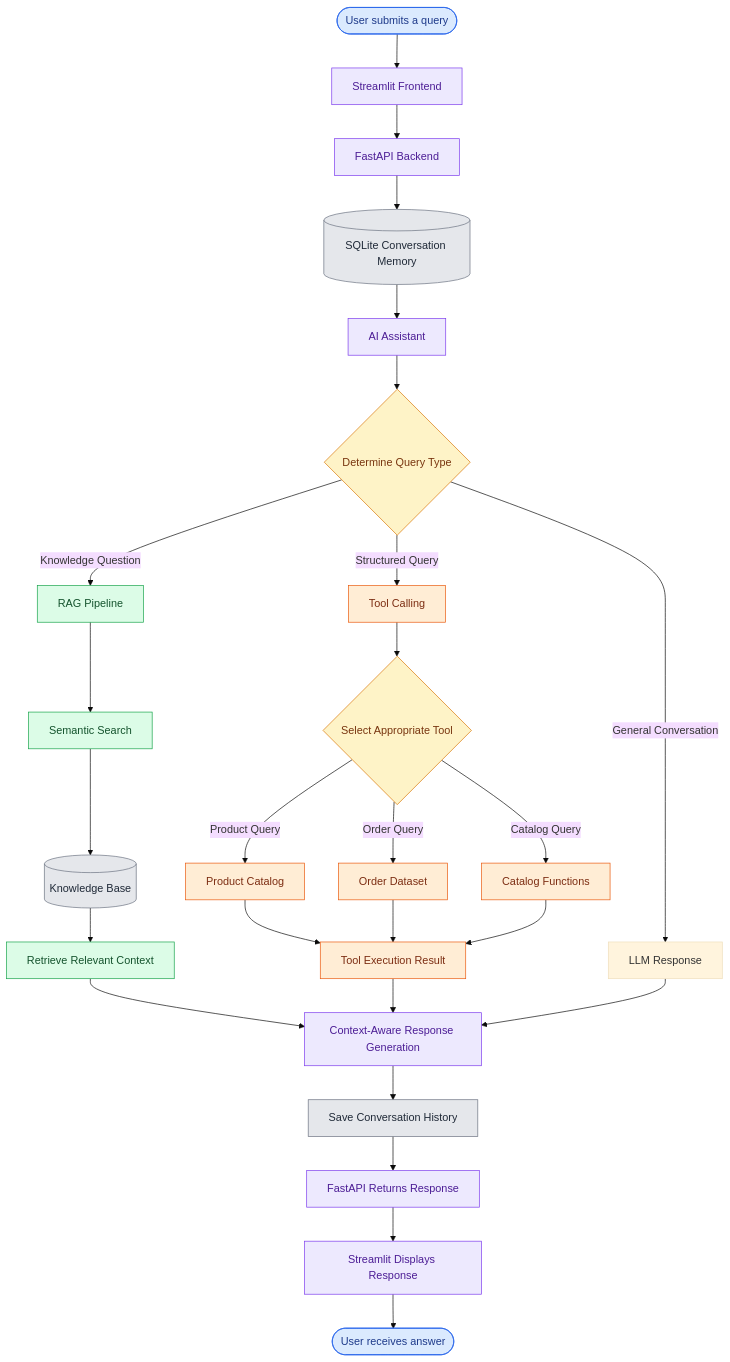
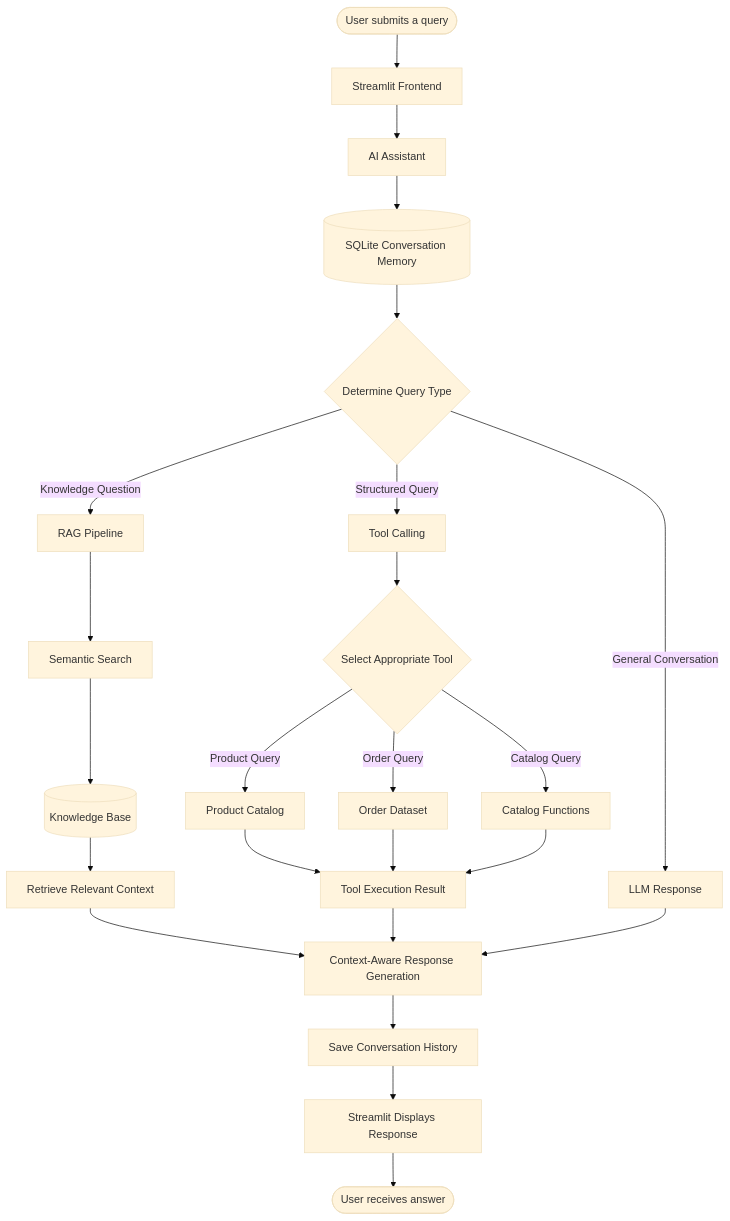
Before and after one commit to funcoderror/CommerceCopilot: the first of 3 diagrams in README.md, drawn with Mermaid (base theme). The commit also changed other lines of this file, not shown here.

````diff
--- a/README.md
+++ b/README.md
@@ -36,49 +35,32 @@
 ```mermaid
 flowchart TD
     A(["User submits a query"]) --> B["Streamlit Frontend"]
-    B --> C["FastAPI Backend"]
+    B --> C["AI Assistant"]
     C --> D[("SQLite Conversation Memory")]
-    D --> E["AI Assistant"]
-    
-    E --> F{"Determine Query Type"}
+    D --> E{"Determine Query Type"}
 
-    F -->|"Knowledge Question"| G["RAG Pipeline"]
-    F -->|"Structured Query"| H["Tool Calling"]
-    F -->|"General Conversation"| I["LLM Response"]
+    E -->|"Knowledge Question"| F["RAG Pipeline"]
+    E -->|"Structured Query"| G["Tool Calling"]
+    E -->|"General Conversation"| H["LLM Response"]
 
-    G --> J["Semantic Search"]
-    J --> K[("Knowledge Base")]
-    K --> L["Retrieve Relevant Context"]
+    F --> I["Semantic Search"]
+    I --> J[("Knowledge Base")]
+    J --> K["Retrieve Relevant Context"]
 
-    H --> M{"Select Appropriate Tool"}
-    M -->|"Product Query"| N["Product Catalog"]
-    M -->|"Order Query"| O["Order Dataset"]
-    M -->|"Catalog Query"| P["Catalog Functions"]
+    G --> L{"Select Appropriate Tool"}
+    L -->|"Product Query"| M["Product Catalog"]
+    L -->|"Order Query"| N["Order Dataset"]
+    L -->|"Catalog Query"| O["Catalog Functions"]
 
-    N --> Q["Tool Execution Result"]
-    O --> Q
+    M --> P["Tool Execution Result"]
+    N --> P
+    O --> P
+
+    K --> Q["Context-Aware Response Generation"]
     P --> Q
+    H --> Q
 
-    L --> R["Context-Aware Response Generation"]
-    Q --> R
-    I --> R
-
-    R --> S["Save Conversation History"]
-    S --> T["FastAPI Returns Response"]
-    T --> U["Streamlit Displays Response"]
-    U --> V(["User receives answer"])
-
-    classDef user fill:#dbeafe,stroke:#2563eb,color:#1e3a8a
-    classDef process fill:#ede9fe,stroke:#7c3aed,color:#4c1d95
-    classDef decision fill:#fef3c7,stroke:#d97706,color:#78350f
-    classDef rag fill:#dcfce7,stroke:#16a34a,color:#14532d
-    classDef tools fill:#ffedd5,stroke:#ea580c,color:#7c2d12
-    classDef storage fill:#e5e7eb,stroke:#6b7280,color:#1f2937
-
-    class A,V user
-    class B,C,E,R,T,U process
-    class F,M decision
-    class G,J,L rag
-    class H,N,O,P,Q tools
-    class D,K,S storage
+    Q --> R["Save Conversation History"]
+    R --> S["Streamlit Displays Response"]
+    S --> T(["User receives answer"])
 ```
````
